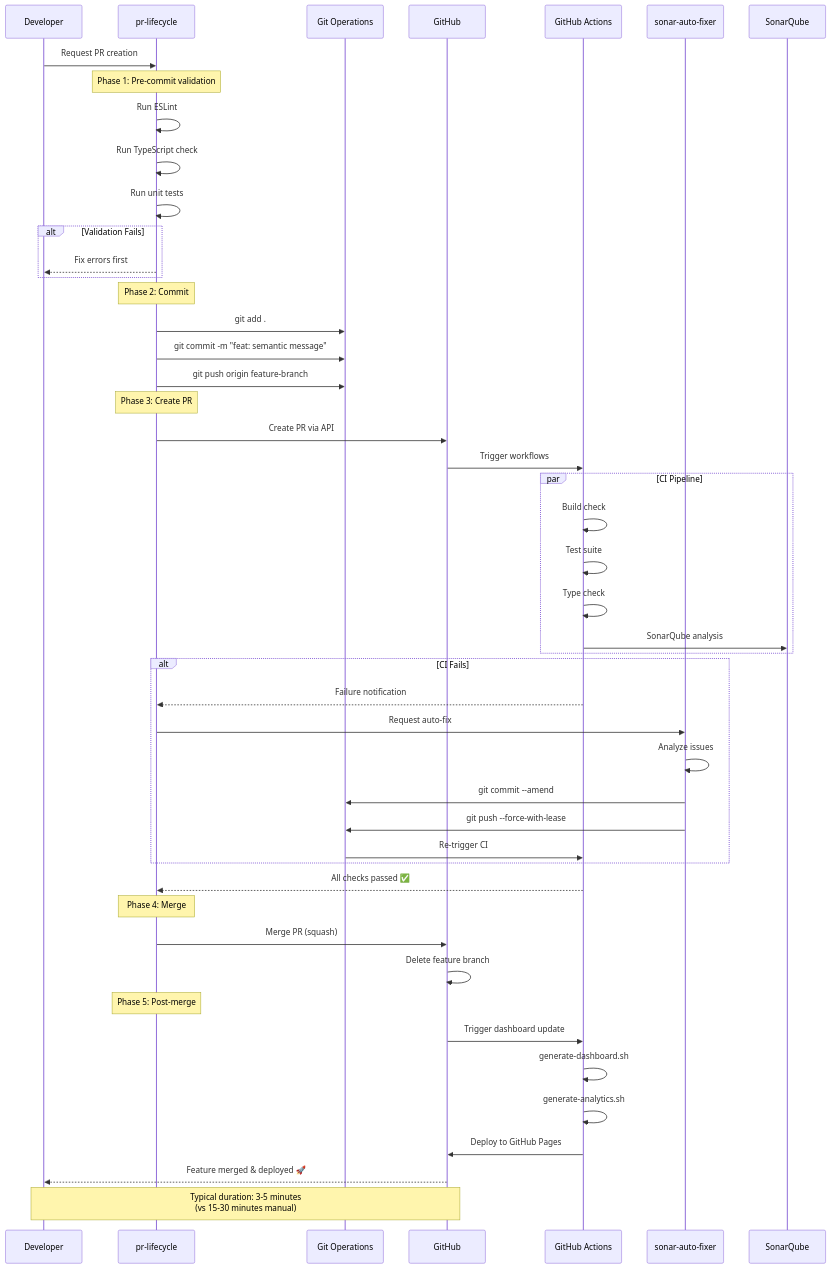
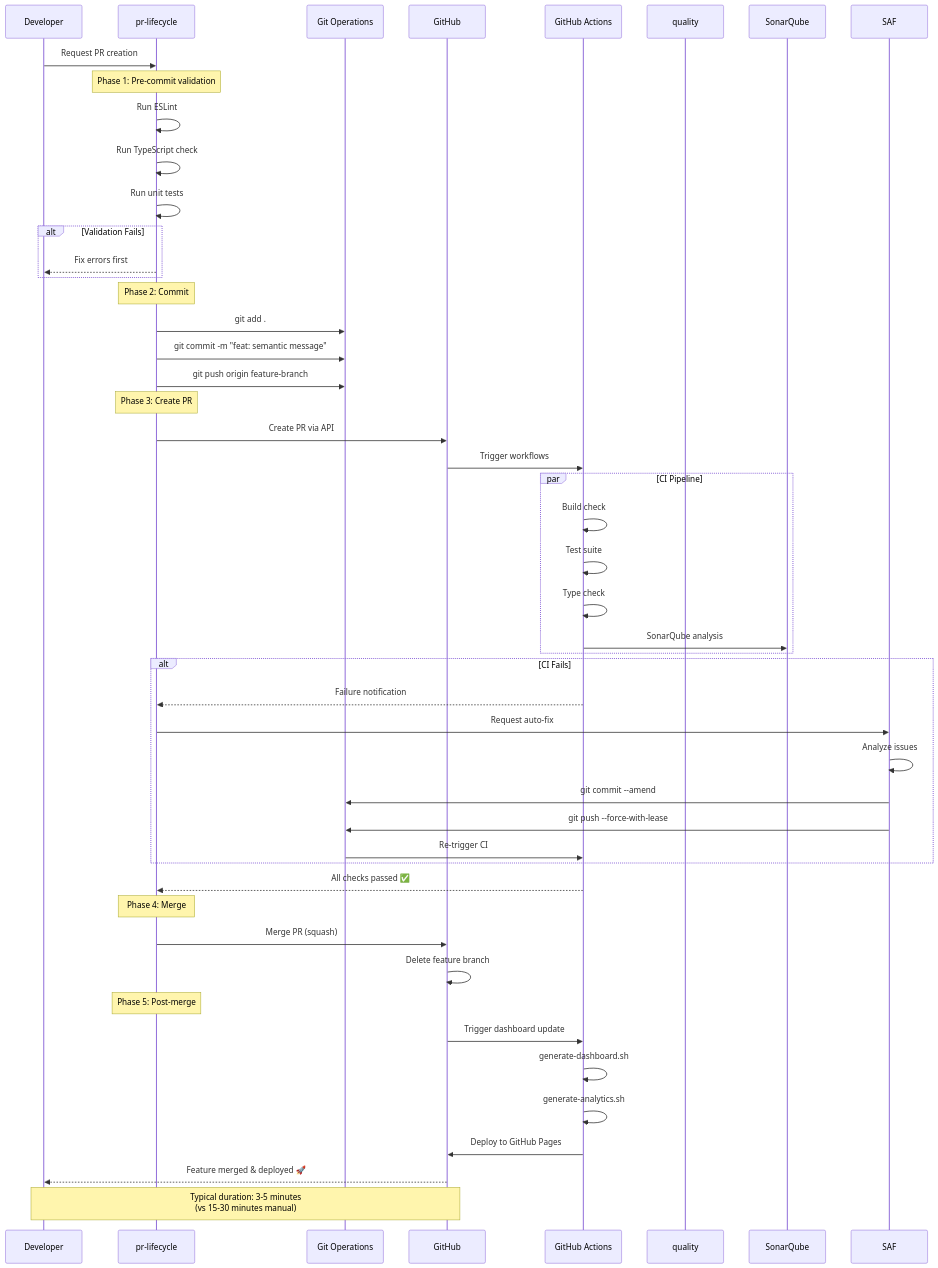
Before and after one commit to eugenioduarte/FUSE: the tenth of 10 diagrams in .ai/docs/architecture.md, drawn with Mermaid. The commit also changed other lines of this file and 40 other files, not shown here.

````diff
--- a/.ai/docs/architecture.md
+++ b/.ai/docs/architecture.md
@@ -607,62 +590,62 @@
 ```mermaid
 sequenceDiagram
     participant Dev as Developer
     participant PRL as pr-lifecycle
     participant Git as Git Operations
     participant GH as GitHub
     participant CI as GitHub Actions
-    participant SAF as sonar-auto-fixer
+    participant QL as quality
     participant SOnar as SonarQube
 
     Dev->>PRL: Request PR creation
 
     Note over PRL: Phase 1: Pre-commit validation
     PRL->>PRL: Run ESLint
     PRL->>PRL: Run TypeScript check
     PRL->>PRL: Run unit tests
 
     alt Validation Fails
         PRL-->>Dev: Fix errors first
     end
 
     Note over PRL: Phase 2: Commit
     PRL->>Git: git add .
     PRL->>Git: git commit -m "feat: semantic message"
     PRL->>Git: git push origin feature-branch
 
     Note over PRL: Phase 3: Create PR
     PRL->>GH: Create PR via API
     GH->>CI: Trigger workflows
 
     par CI Pipeline
         CI->>CI: Build check
         CI->>CI: Test suite
         CI->>CI: Type check
         CI->>SOnar: SonarQube analysis
     end
 
     alt CI Fails
         CI-->>PRL: Failure notification
         PRL->>SAF: Request auto-fix
         SAF->>SAF: Analyze issues
         SAF->>Git: git commit --amend
         SAF->>Git: git push --force-with-lease
         Git->>CI: Re-trigger CI
     end
 
     CI-->>PRL: All checks passed ✅
 
     Note over PRL: Phase 4: Merge
     PRL->>GH: Merge PR (squash)
     GH->>GH: Delete feature branch
 
     Note over PRL: Phase 5: Post-merge
     GH->>CI: Trigger dashboard update
     CI->>CI: generate-dashboard.sh
     CI->>CI: generate-analytics.sh
     CI->>GH: Deploy to GitHub Pages
 
     GH-->>Dev: Feature merged & deployed 🚀
 
     Note over Dev,GH: Typical duration: 3-5 minutes<br/>(vs 15-30 minutes manual)
 ```
````
